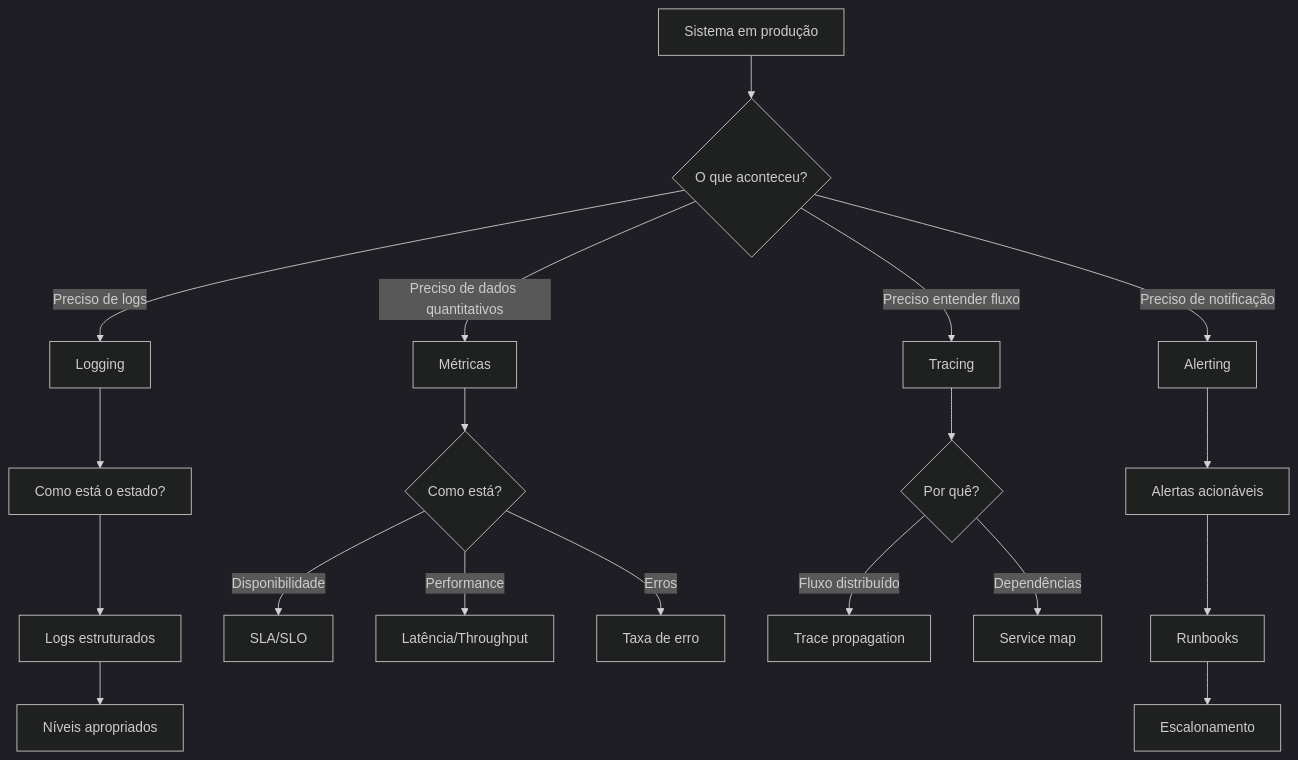
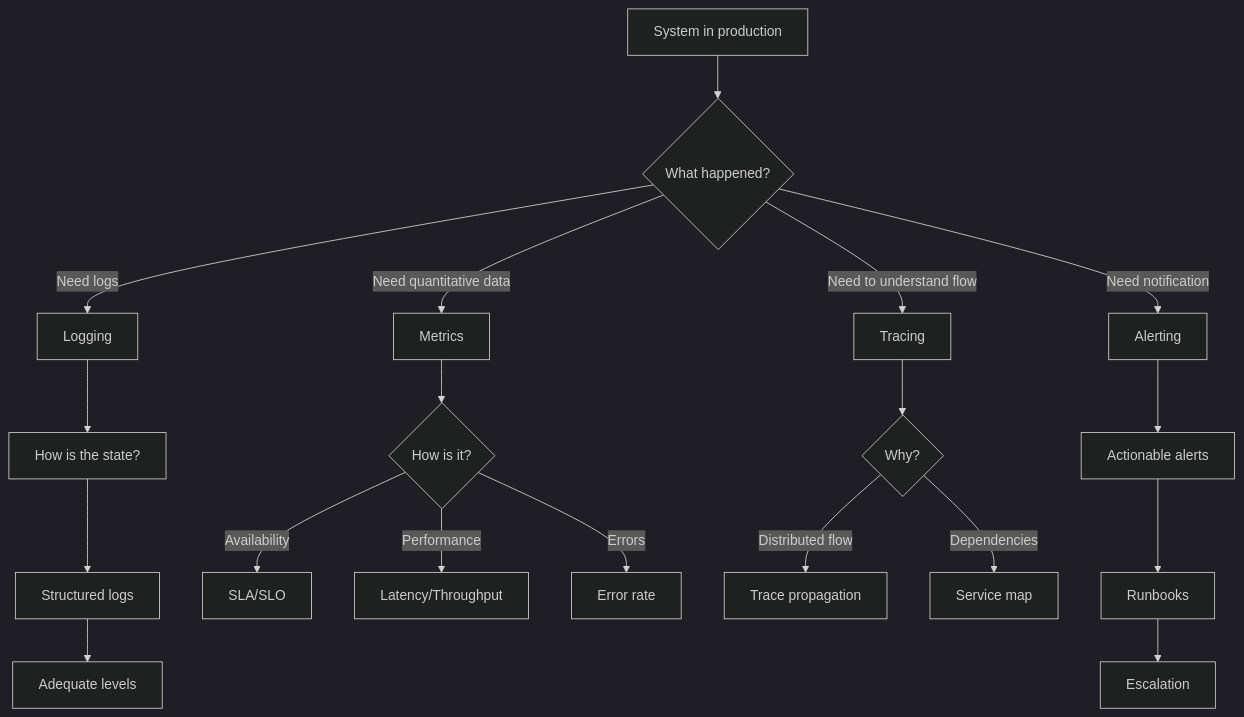
One commit to lscheffel/ignite-agents-skills changed the diagram in skills/observability/SKILL.md. Above: the diagram before and after it, drawn with Mermaid (dark theme). The commit also changed other lines of this file and 1024 other files, not shown here.

````diff
--- a/skills/observability/SKILL.md
+++ b/skills/observability/SKILL.md
@@ -35,25 +48,25 @@
 ```mermaid
 graph TD
-    A[Sistema em produção] --> B{O que aconteceu?}
-    B -->|Preciso de logs| C[Logging]
-    B -->|Preciso de dados quantitativos| D[Métricas]
-    B -->|Preciso entender fluxo| E[Tracing]
-    B -->|Preciso de notificação| F[Alerting]
+    A[System in production] --> B{What happened?}
+    B -->|Need logs| C[Logging]
+    B -->|Need quantitative data| D[Metrics]
+    B -->|Need to understand flow| E[Tracing]
+    B -->|Need notification| F[Alerting]
     
-    C --> C1[Como está o estado?]
-    C1 --> C2[Logs estruturados]
-    C2 --> C3[Níveis apropriados]
+    C --> C1[How is the state?]
+    C1 --> C2[Structured logs]
+    C2 --> C3[Adequate levels]
     
-    D --> D1{Como está?}
-    D1 -->|Disponibilidade| D2[SLA/SLO]
-    D1 -->|Performance| D3[Latência/Throughput]
-    D1 -->|Erros| D4[Taxa de erro]
+    D --> D1{How is it?}
+    D1 -->|Availability| D2[SLA/SLO]
+    D1 -->|Performance| D3[Latency/Throughput]
+    D1 -->|Errors| D4[Error rate]
     
-    E --> E1{Por quê?}
-    E1 -->|Fluxo distribuído| E2[Trace propagation]
-    E1 -->|Dependências| E3[Service map]
+    E --> E1{Why?}
+    E1 -->|Distributed flow| E2[Trace propagation]
+    E1 -->|Dependencies| E3[Service map]
     
-    F --> F1[Alertas acionáveis]
+    F --> F1[Actionable alerts]
     F1 --> F2[Runbooks]
-    F2 --> F3[Escalonamento]
+    F2 --> F3[Escalation]
 ```
````
